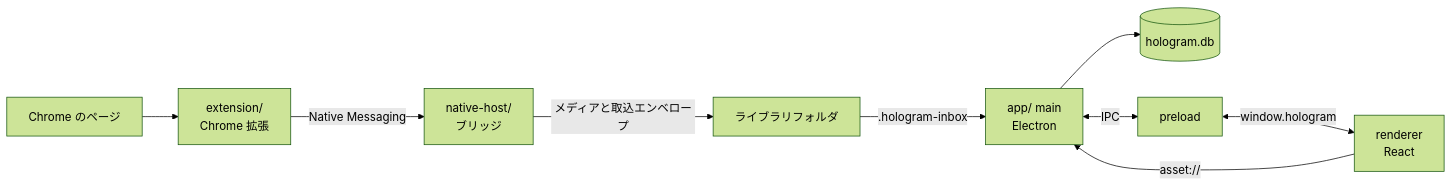
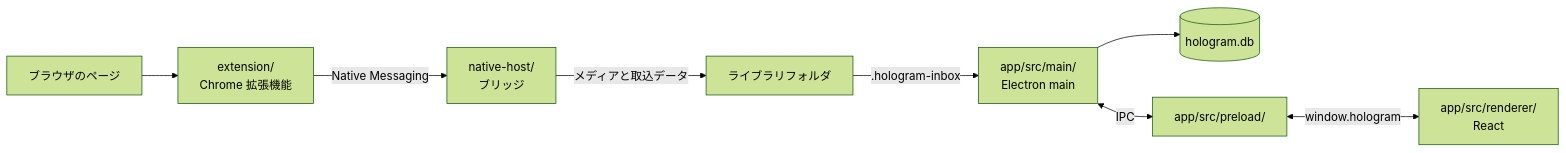
One commit to apricot-cake/hologram changed the diagram in docs/コードの歩き方.md. Above: the diagram before and after it, drawn with Mermaid (forest theme). The commit also changed other lines of this file and 7 other files, not shown here.

````diff
--- a/docs/コードの歩き方.md
+++ b/docs/コードの歩き方.md
@@ -9,11 +7,10 @@
 ```mermaid
 flowchart LR
-  Browser[Chrome のページ] --> Extension[extension/\nChrome 拡張]
-  Extension -->|Native Messaging| Host[native-host/\nブリッジ]
-  Host -->|メディアと取込エンベロープ| Library[ライブラリフォルダ]
-  Library -->|.hologram-inbox| Main[app/ main\nElectron]
-  Main --> DB[(hologram.db)]
-  Main <-->|IPC| Preload[preload]
-  Preload <-->|window.hologram| Renderer[renderer\nReact]
-  Renderer -->|asset://| Main
+  Page["ブラウザのページ"] --> Extension["extension/\nChrome 拡張機能"]
+  Extension -->|"Native Messaging"| Host["native-host/\nブリッジ"]
+  Host -->|"メディアと取込データ"| Library["ライブラリフォルダ"]
+  Library -->|".hologram-inbox"| Main["app/src/main/\nElectron main"]
+  Main --> DB[("hologram.db")]
+  Main <-->|"IPC"| Preload["app/src/preload/"]
+  Preload <-->|"window.hologram"| Renderer["app/src/renderer/\nReact"]
 ```
````
